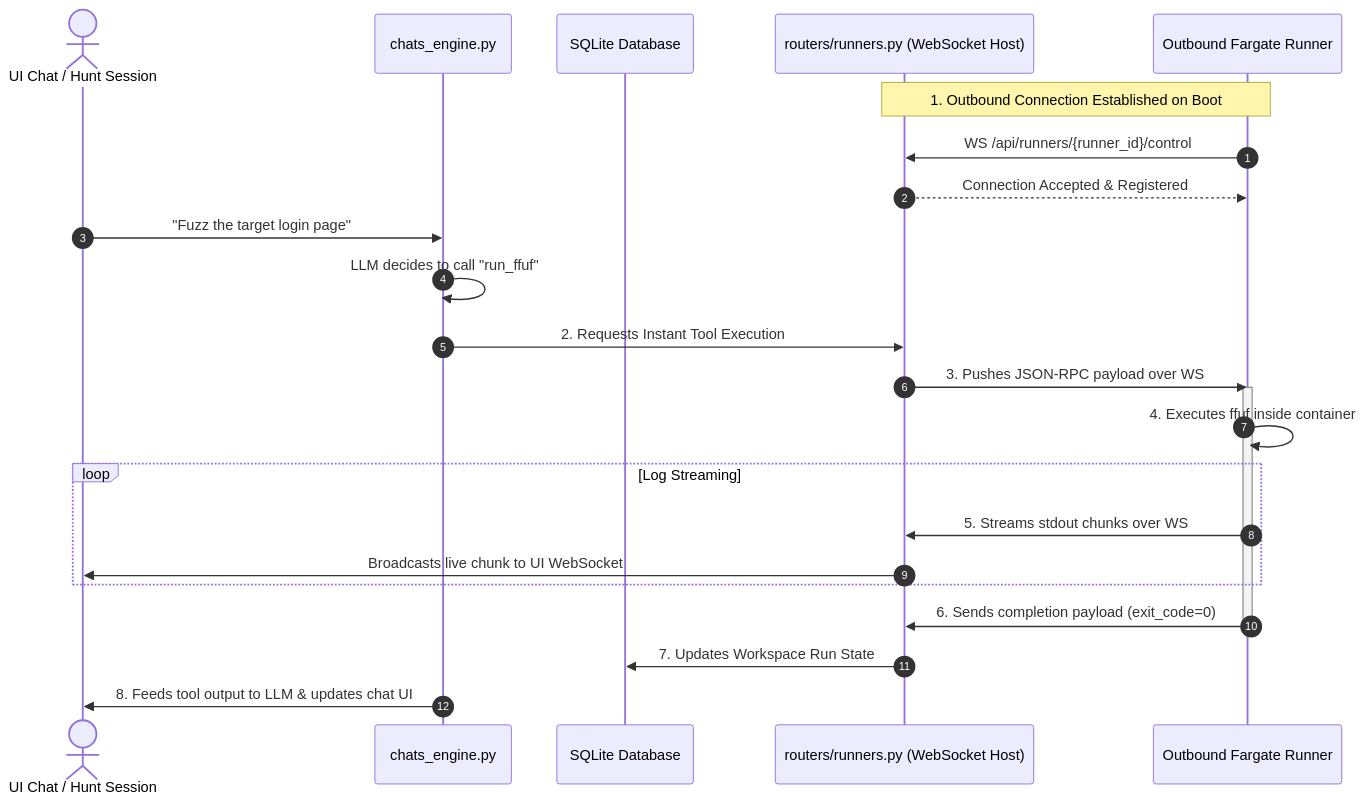
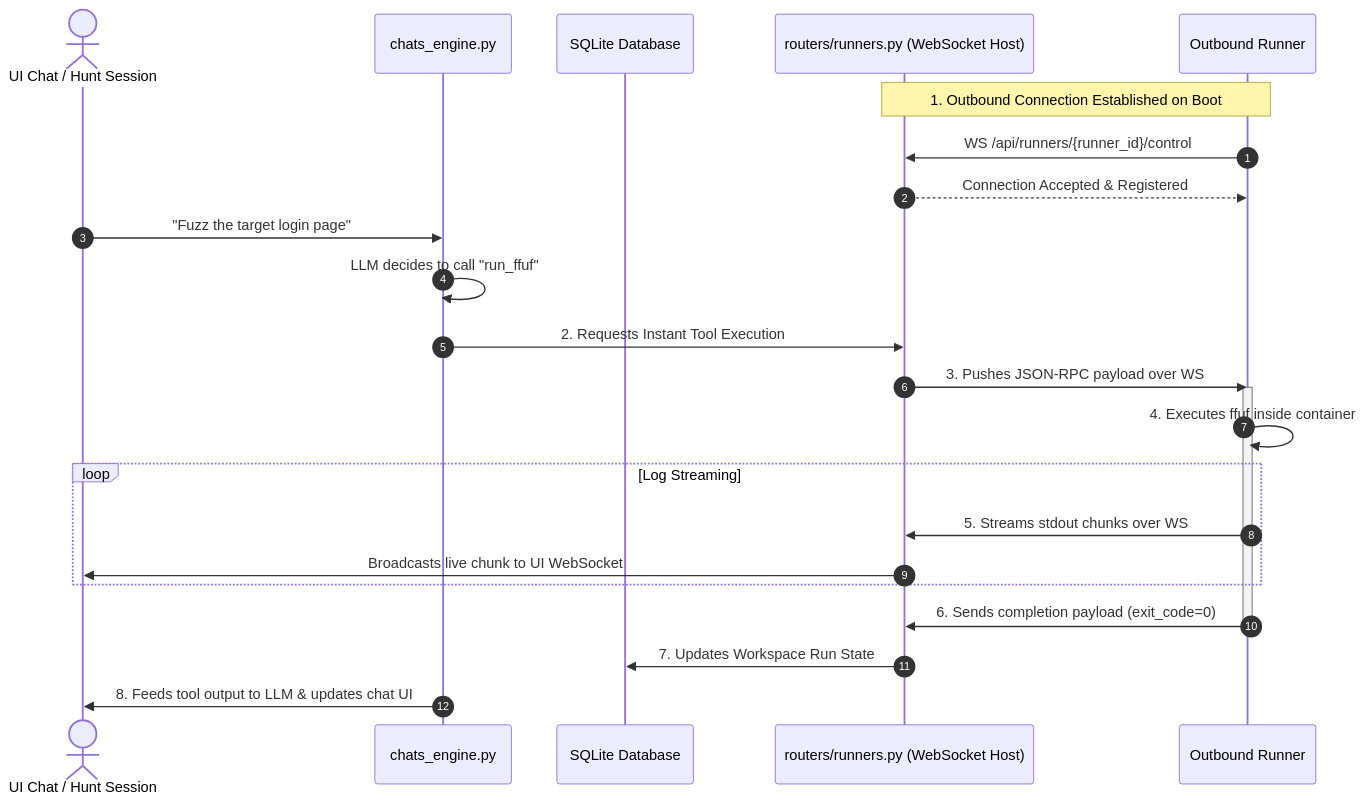
Before and after one commit to synlace/ferret: the diagram in docs/adr/0002-websocket-runner-control-channel.md, drawn with Mermaid. The commit also changed other lines of this file and 56 other files, not shown here.

````diff
--- a/docs/adr/0002-websocket-runner-control-channel.md
+++ b/docs/adr/0002-websocket-runner-control-channel.md
@@ -18,31 +18,31 @@
 ```mermaid
 sequenceDiagram
     autonumber
     actor Analyst as UI Chat / Hunt Session
     participant Agent as chats_engine.py
     participant DB as SQLite Database
     participant API as routers/runners.py (WebSocket Host)
-    participant Runner as Outbound Fargate Runner
+    participant Runner as Outbound Runner
 
     Note over Runner, API: 1. Outbound Connection Established on Boot
     Runner ->> API: WS /api/runners/{runner_id}/control
     API -->> Runner: Connection Accepted & Registered
 
     Analyst ->> Agent: "Fuzz the target login page"
     Agent ->> Agent: LLM decides to call "run_ffuf"
     
     Agent ->> API: 2. Requests Instant Tool Execution
     API ->> Runner: 3. Pushes JSON-RPC payload over WS
     
     activate Runner
     Runner ->> Runner: 4. Executes ffuf inside container
     loop Log Streaming
         Runner ->> API: 5. Streams stdout chunks over WS
         API ->> Analyst: Broadcasts live chunk to UI WebSocket
     end
     Runner ->> API: 6. Sends completion payload (exit_code=0)
     deactivate Runner
 
     API ->> DB: 7. Updates Workspace Run State
     Agent ->> Analyst: 8. Feeds tool output to LLM & updates chat UI
 ```
````
